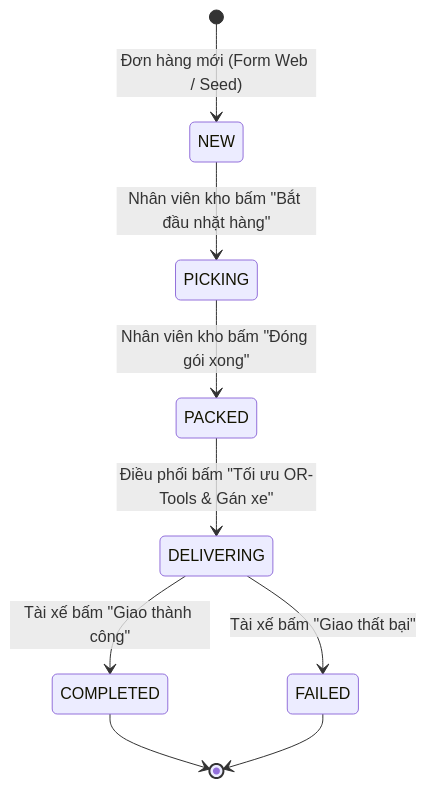
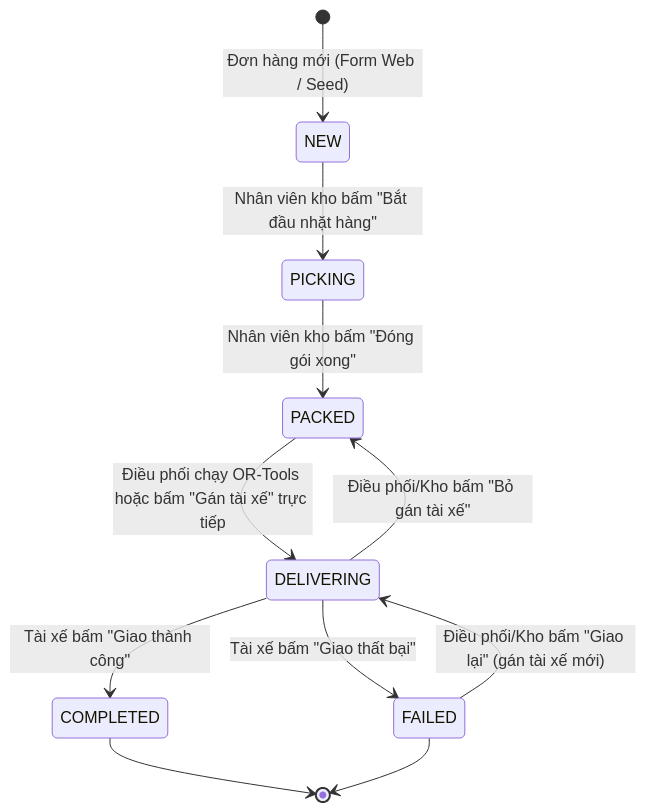
The diagram in README.md (haodv178/dms), drawn with Mermaid before and after one commit. The commit also changed other lines of this file and 7 other files, not shown here.

````diff
--- a/README.md
+++ b/README.md
@@ -148,11 +149,13 @@
 ```mermaid
 stateDiagram-v2
     [*] --> NEW: Đơn hàng mới (Form Web / Seed)
     NEW --> PICKING: Nhân viên kho bấm "Bắt đầu nhặt hàng"
     PICKING --> PACKED: Nhân viên kho bấm "Đóng gói xong"
-    PACKED --> DELIVERING: Điều phối bấm "Tối ưu OR-Tools & Gán xe"
+    PACKED --> DELIVERING: Điều phối chạy OR-Tools hoặc bấm "Gán tài xế" trực tiếp
+    DELIVERING --> PACKED: Điều phối/Kho bấm "Bỏ gán tài xế"
     DELIVERING --> COMPLETED: Tài xế bấm "Giao thành công"
     DELIVERING --> FAILED: Tài xế bấm "Giao thất bại"
+    FAILED --> DELIVERING: Điều phối/Kho bấm "Giao lại" (gán tài xế mới)
     COMPLETED --> [*]
     FAILED --> [*]
 ```
````
